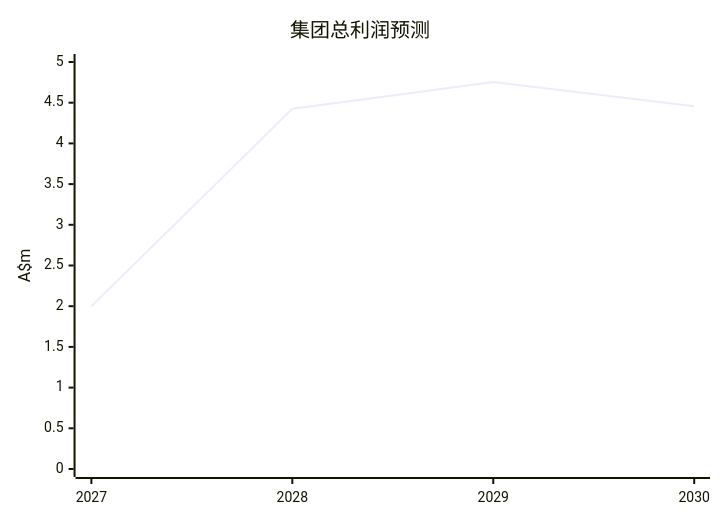
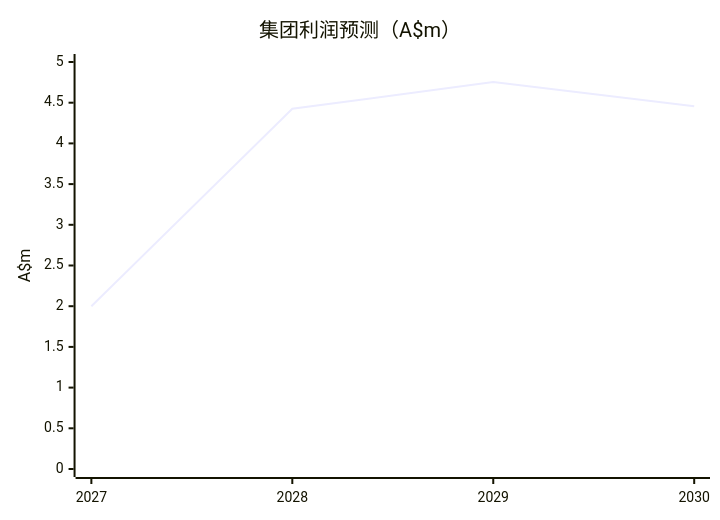
Before and after one commit to maxstillwell/obsidian: the third of 3 diagrams in 10_Projects/夏威夷果农场/股东投资人汇报.md, drawn with Mermaid. The commit also changed other lines of this file and 1 other file, not shown here.

````diff
--- a/10_Projects/夏威夷果农场/股东投资人汇报.md
+++ b/10_Projects/夏威夷果农场/股东投资人汇报.md
@@ -92,7 +102,7 @@
 ```mermaid
 xychart-beta
-  title "集团总利润预测"
+  title "集团利润预测（A$m）"
   x-axis ["2027", "2028", "2029", "2030"]
   y-axis "A$m" 0 --> 5
   line [2.0, 4.425, 4.755, 4.455]
 ```
````
